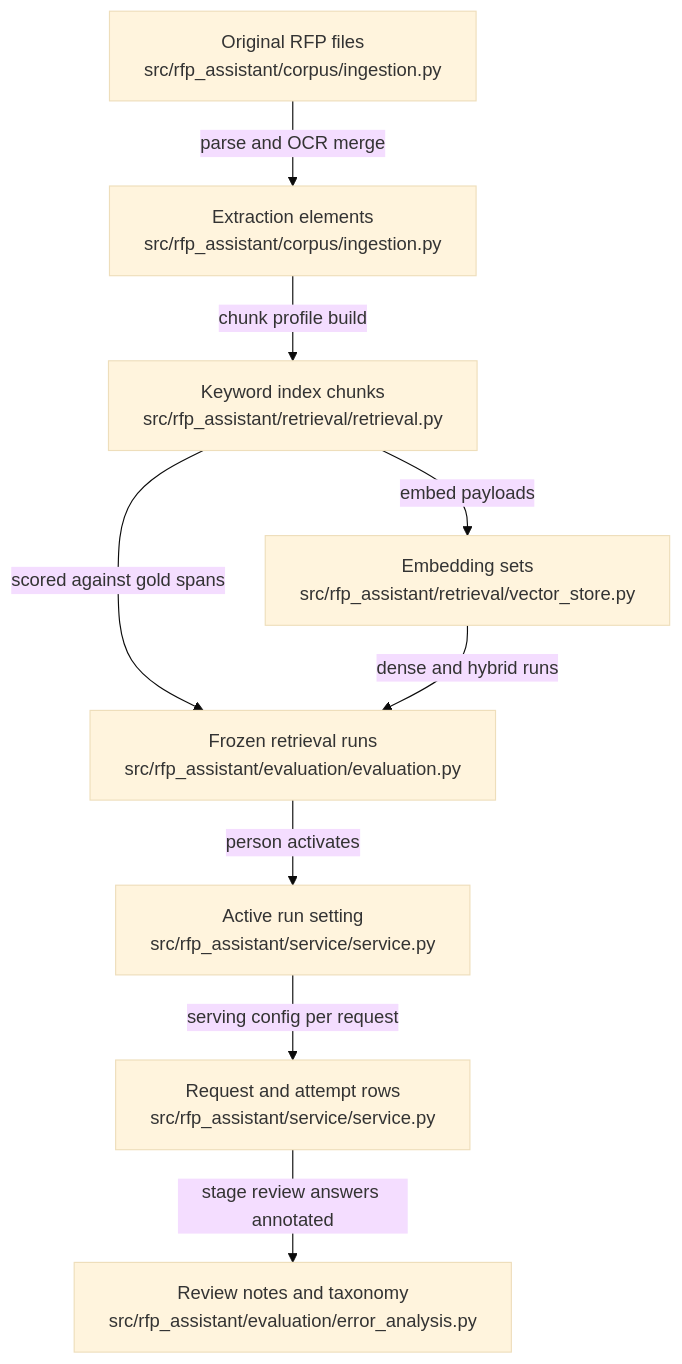
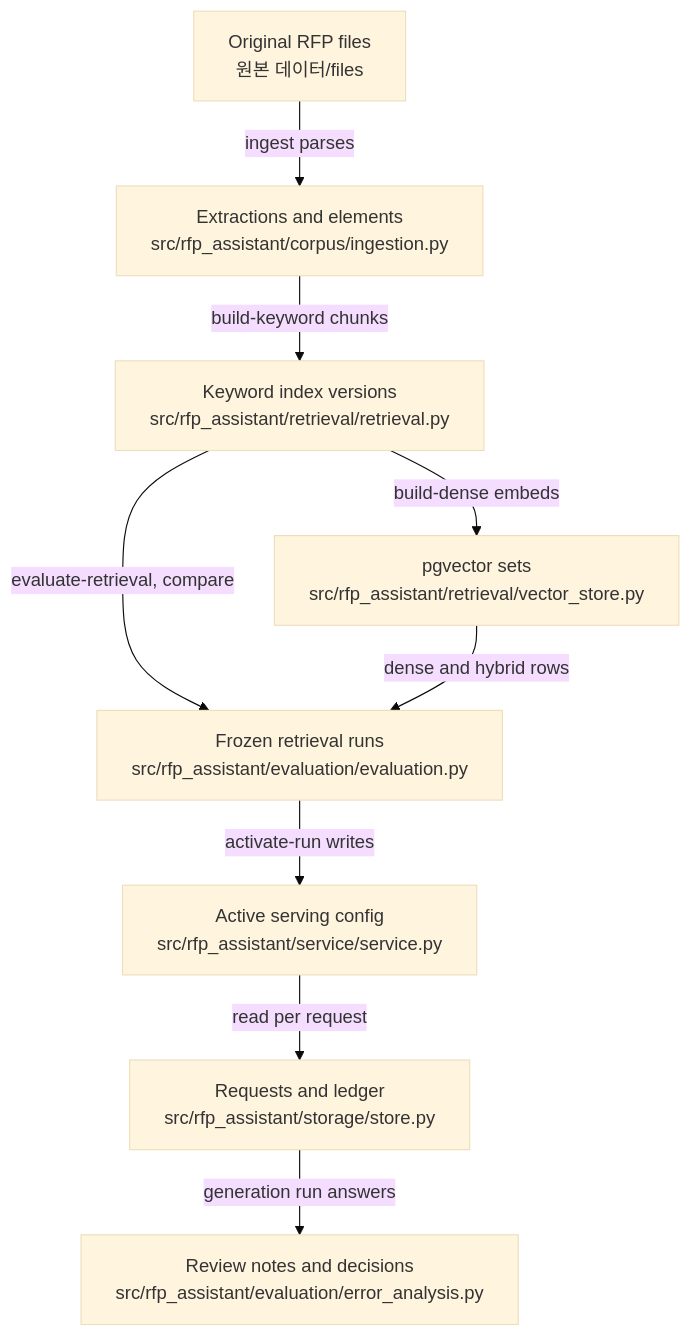
The diagram in .omm/data-flow/diagram.mmd (littleeeeebit/project-codeit-mid), drawn with Mermaid (base theme) before and after one commit. The commit also changed 413 other files, not shown here.

```diff
--- a/.omm/data-flow/diagram.mmd
+++ b/.omm/data-flow/diagram.mmd
@@ -1,17 +1,17 @@
 graph TD
-  original-files["Original RFP files\nsrc/rfp_assistant/corpus/ingestion.py"]
-  extraction-elements["Extraction elements\nsrc/rfp_assistant/corpus/ingestion.py"]
-  keyword-chunks["Keyword index chunks\nsrc/rfp_assistant/retrieval/retrieval.py"]
-  vector-payloads["Embedding sets\nsrc/rfp_assistant/retrieval/vector_store.py"]
+  originals["Original RFP files\n원본 데이터/files"]
+  extractions["Extractions and elements\nsrc/rfp_assistant/corpus/ingestion.py"]
+  keyword-indexes["Keyword index versions\nsrc/rfp_assistant/retrieval/retrieval.py"]
+  vector-sets["pgvector sets\nsrc/rfp_assistant/retrieval/vector_store.py"]
   retrieval-runs["Frozen retrieval runs\nsrc/rfp_assistant/evaluation/evaluation.py"]
-  active-run["Active run setting\nsrc/rfp_assistant/service/service.py"]
-  answer-records["Request and attempt rows\nsrc/rfp_assistant/service/service.py"]
-  review-notes["Review notes and taxonomy\nsrc/rfp_assistant/evaluation/error_analysis.py"]
-  original-files -->|parse and OCR merge| extraction-elements
-  extraction-elements -->|chunk profile build| keyword-chunks
-  keyword-chunks -->|embed payloads| vector-payloads
-  keyword-chunks -->|scored against gold spans| retrieval-runs
-  vector-payloads -->|dense and hybrid runs| retrieval-runs
-  retrieval-runs -->|person activates| active-run
-  active-run -->|serving config per request| answer-records
-  answer-records -->|stage review answers annotated| review-notes
+  active-serving["Active serving config\nsrc/rfp_assistant/service/service.py"]
+  answer-records["Requests and ledger\nsrc/rfp_assistant/storage/store.py"]
+  review-store["Review notes and decisions\nsrc/rfp_assistant/evaluation/error_analysis.py"]
+  originals -->|"ingest parses"| extractions
+  extractions -->|"build-keyword chunks"| keyword-indexes
+  keyword-indexes -->|"build-dense embeds"| vector-sets
+  keyword-indexes -->|"evaluate-retrieval, compare"| retrieval-runs
+  vector-sets -->|"dense and hybrid rows"| retrieval-runs
+  retrieval-runs -->|"activate-run writes"| active-serving
+  active-serving -->|"read per request"| answer-records
+  answer-records -->|"generation run answers"| review-store
```
